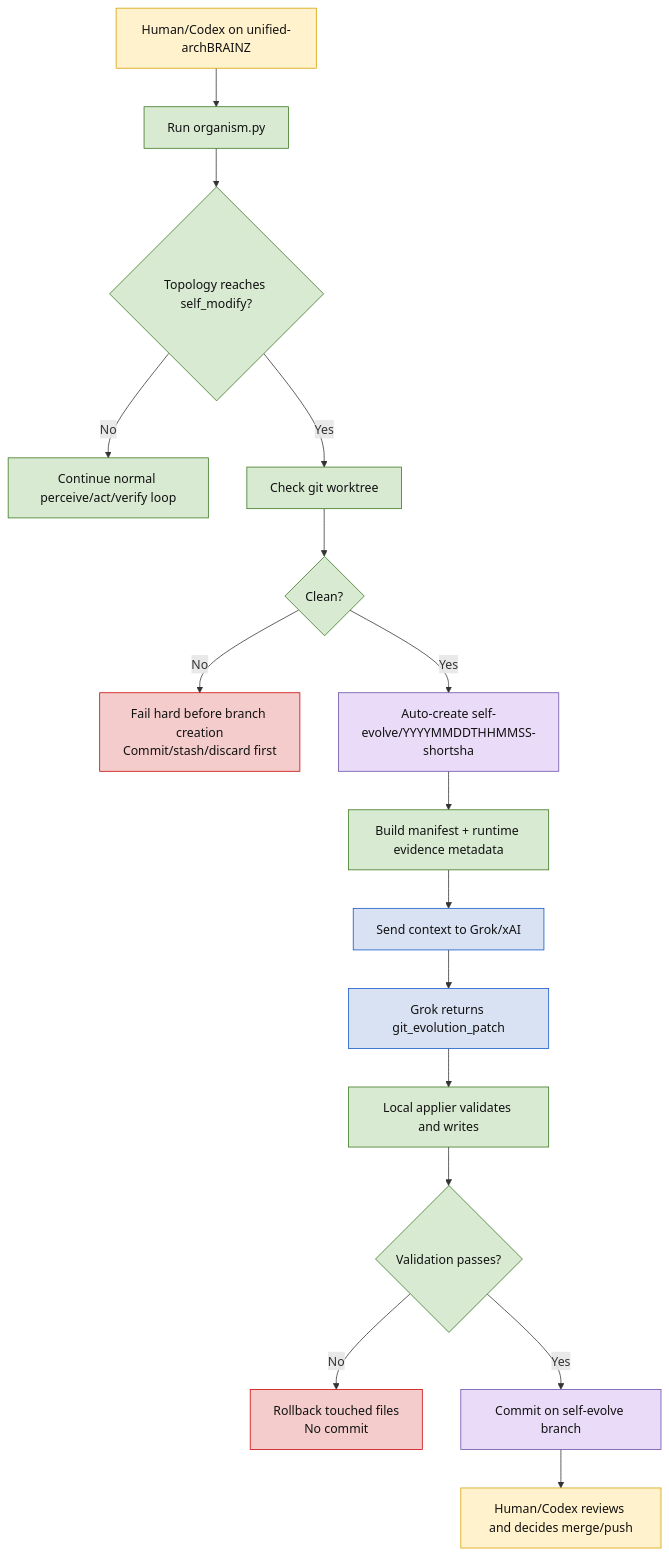
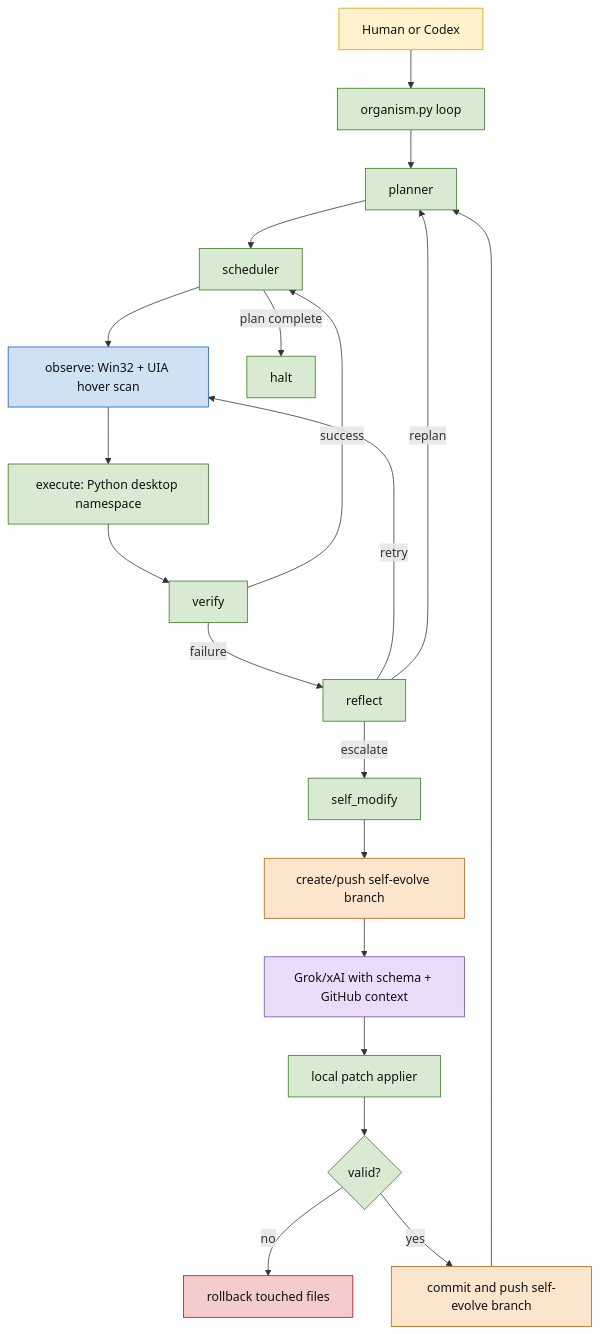
Before and after one commit to wgabrys88/endgame-ai: the third of 4 diagrams in README.md, drawn with Mermaid. The commit also changed other lines of this file and 9 other files, not shown here.

````diff
--- a/README.md
+++ b/README.md
@@ -115,29 +175,35 @@
 ```mermaid
 flowchart TD
-    A["Human/Codex on unified-archBRAINZ"] --> B["Run organism.py"]
-    B --> C{"Topology reaches self_modify?"}
-    C -- "No" --> D["Continue normal perceive/act/verify loop"]
-    C -- "Yes" --> E["Check git worktree"]
-    E --> F{"Clean?"}
-    F -- "No" --> G["Fail hard before branch creation\nCommit/stash/discard first"]
-    F -- "Yes" --> H["Auto-create self-evolve/YYYYMMDDTHHMMSS-shortsha"]
-    H --> I["Build manifest + runtime evidence metadata"]
-    I --> J["Send context to Grok/xAI"]
-    J --> K["Grok returns git_evolution_patch"]
-    K --> L["Local applier validates and writes"]
-    L --> M{"Validation passes?"}
-    M -- "No" --> N["Rollback touched files\nNo commit"]
-    M -- "Yes" --> O["Commit on self-evolve branch"]
-    O --> P["Human/Codex reviews and decides merge/push"]
+    H["Human or Codex"] --> O["organism.py loop"]
+    O --> P["planner"]
+    P --> S["scheduler"]
+    S --> OB["observe: Win32 + UIA hover scan"]
+    OB --> EX["execute: Python desktop namespace"]
+    EX --> V["verify"]
+    V -->|success| S
+    V -->|failure| R["reflect"]
+    R -->|retry| OB
+    R -->|replan| P
+    R -->|escalate| SM["self_modify"]
+    SM --> GIT["create/push self-evolve branch"]
+    GIT --> GX["Grok/xAI with schema + GitHub context"]
+    GX --> AP["local patch applier"]
+    AP --> VAL{"valid?"}
+    VAL -->|no| RB["rollback touched files"]
+    VAL -->|yes| CM["commit and push self-evolve branch"]
+    CM --> P
+    S -->|plan complete| HALT["halt"]
 
     classDef human fill:#fff2cc,stroke:#d6a000,color:#111;
     classDef organism fill:#d9ead3,stroke:#38761d,color:#111;
-    classDef grok fill:#d9e2f3,stroke:#1155cc,color:#111;
+    classDef desktop fill:#cfe2f3,stroke:#1155cc,color:#111;
+    classDef grok fill:#eadcf8,stroke:#674ea7,color:#111;
+    classDef git fill:#fce5cd,stroke:#b45f06,color:#111;
     classDef fail fill:#f4cccc,stroke:#cc0000,color:#111;
-    classDef git fill:#eadcf8,stroke:#674ea7,color:#111;
-    class A,P human;
-    class B,C,D,E,F,I,L,M organism;
-    class J,K grok;
-    class G,N fail;
-    class H,O git;
+    class H human;
+    class O,P,S,EX,V,R,SM,AP,VAL,HALT organism;
+    class OB desktop;
+    class GX grok;
+    class GIT,CM git;
+    class RB fail;
 ```
````
